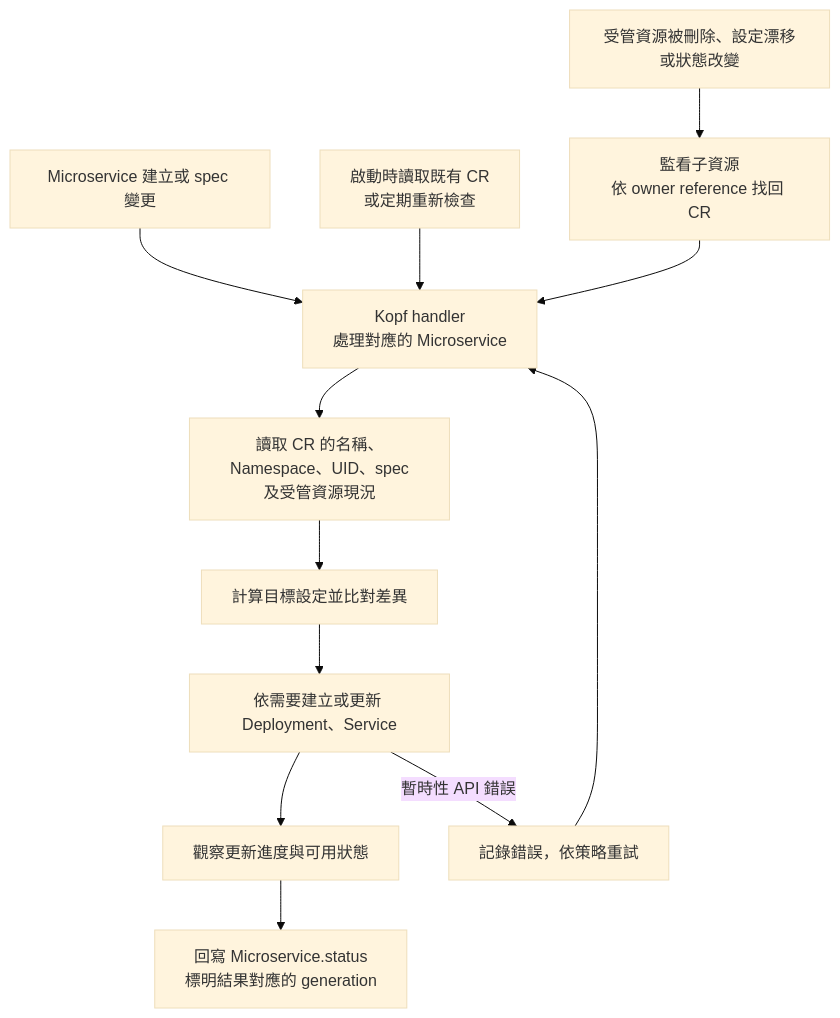
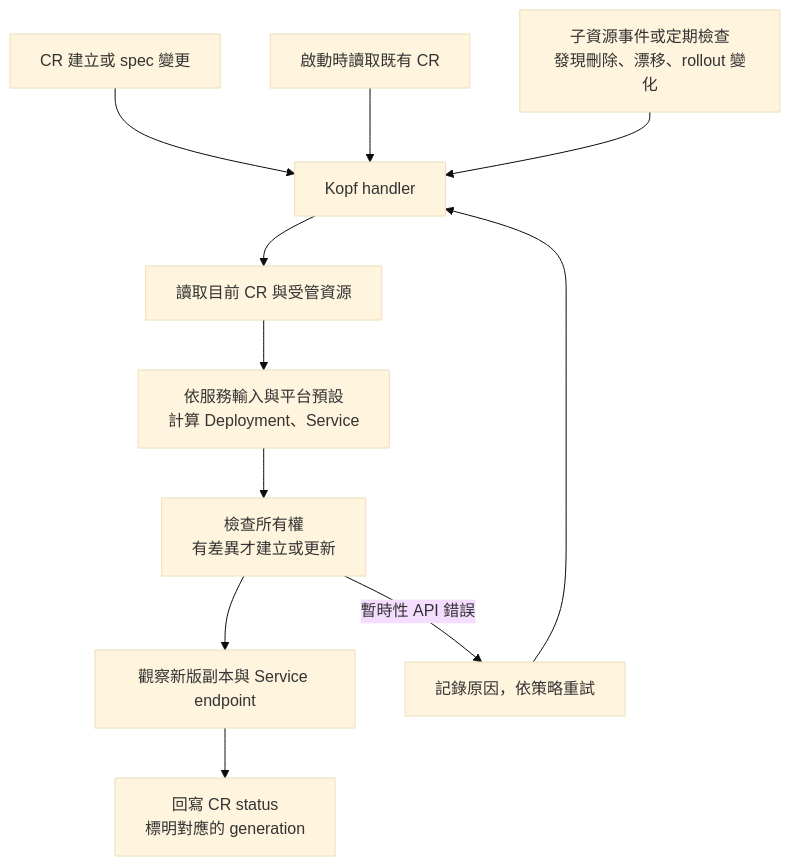
Before and after one commit to yrw9281/IT30.Platform.Engineering: the diagram in doc/zh-tw/D19.md, drawn with Mermaid (base theme). The commit also changed other lines of this file and 30 other files, not shown here.

````diff
--- a/doc/zh-tw/D19.md
+++ b/doc/zh-tw/D19.md
@@ -23,14 +17,13 @@
 ```mermaid
 flowchart TD
-    CR["Microservice 建立或 spec 變更"] --> Handler["Kopf handler<br/>處理對應的 Microservice"]
-    Resume["啟動時讀取既有 CR<br/>或定期重新檢查"] --> Handler
-    Child["受管資源被刪除、設定漂移或狀態改變"] --> Watch["監看子資源<br/>依 owner reference 找回 CR"]
-    Watch --> Handler
-    Handler --> Read["讀取 CR 的名稱、Namespace、UID、spec<br/>及受管資源現況"]
-    Read --> Compare["計算目標設定並比對差異"]
-    Compare --> Apply["依需要建立或更新 Deployment、Service"]
-    Apply --> Observe["觀察更新進度與可用狀態"]
-    Observe --> Status["回寫 Microservice.status<br/>標明結果對應的 generation"]
-    Apply -->|"暫時性 API 錯誤"| Retry["記錄錯誤，依策略重試"]
+    Event["CR 建立或 spec 變更"] --> Handler["Kopf handler"]
+    Resume["啟動時讀取既有 CR"] --> Handler
+    Check["子資源事件或定期檢查<br/>發現刪除、漂移、rollout 變化"] --> Handler
+    Handler --> Read["讀取目前 CR 與受管資源"]
+    Read --> Desired["依服務輸入與平台預設<br/>計算 Deployment、Service"]
+    Desired --> Apply["檢查所有權<br/>有差異才建立或更新"]
+    Apply --> Observe["觀察新版副本與 Service endpoint"]
+    Observe --> Status["回寫 CR status<br/>標明對應的 generation"]
+    Apply -->|"暫時性 API 錯誤"| Retry["記錄原因，依策略重試"]
     Retry --> Handler
 ```
````
